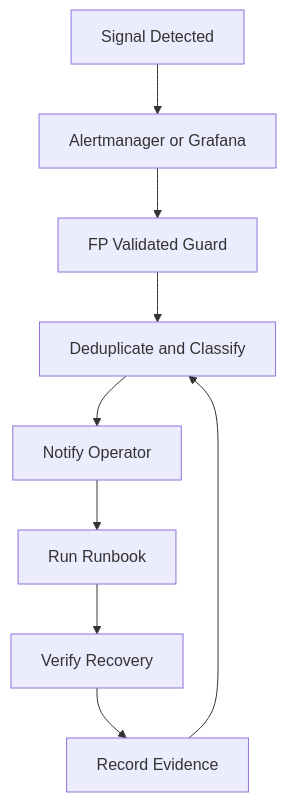
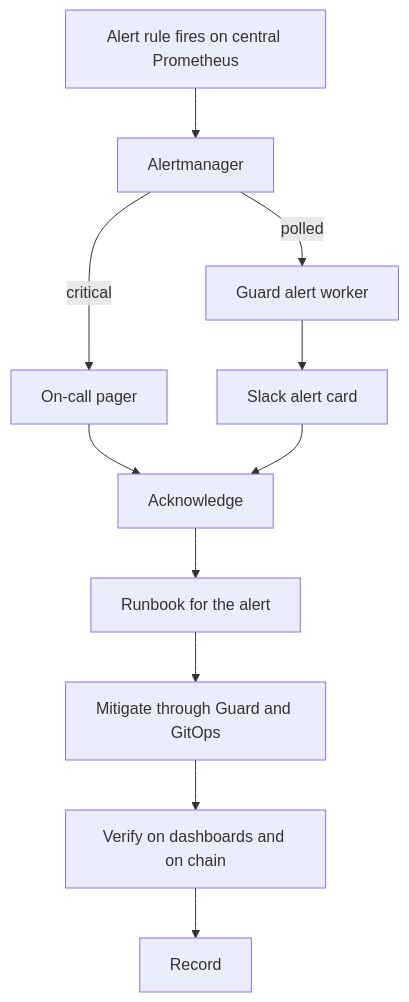
The diagram in website/docs/fp-validated-infra/incident-response.md (FP-Validated/fp-validated-docs), drawn with Mermaid before and after one commit. The commit also changed other lines of this file and 21 other files, not shown here.

First line of the commit message:
Bring infrastructure and chain architecture docs up to date

````diff
--- a/website/docs/fp-validated-infra/incident-response.md
+++ b/website/docs/fp-validated-infra/incident-response.md
@@ -11,20 +11,24 @@
 ```mermaid
 flowchart TD
-  signal[Signal Detected]
-  alert[Alertmanager or Grafana]
-  guard[FP Validated Guard]
-  dedup[Deduplicate and Classify]
-  notify[Notify Operator]
-  runbook[Run Runbook]
-  verify[Verify Recovery]
-  record[Record Evidence]
+  rule[Alert rule fires on central Prometheus]
+  am[Alertmanager]
+  pager[On-call pager]
+  guard[Guard alert worker]
+  card[Slack alert card]
+  ack[Acknowledge]
+  runbook[Runbook for the alert]
+  fix[Mitigate through Guard and GitOps]
+  verify[Verify on dashboards and on chain]
+  record[Record]
 
-  signal --> alert
-  alert --> guard
-  guard --> dedup
-  dedup --> notify
-  notify --> runbook
-  runbook --> verify
+  rule --> am
+  am -- critical --> pager
+  am -- polled --> guard
+  guard --> card
+  pager --> ack
+  card --> ack
+  ack --> runbook
+  runbook --> fix
+  fix --> verify
   verify --> record
-  record --> dedup
 ```
````
